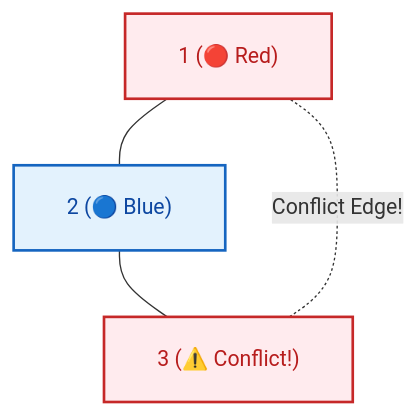
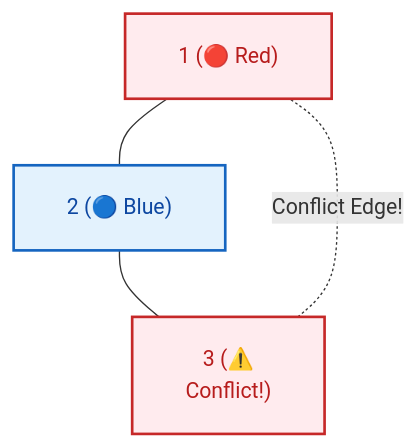
Before and after one commit to dip4k/DSA_102: the fifth of 6 diagrams in week_08_graph_fundamentals/Week_08_Visual_Concepts_Playbook_HYBRID.md, drawn with Mermaid. The commit also changed other lines of this file and 106 other files, not shown here.

First line of the commit message:
fix(mermaid): prevent text clipping with foreignObject overflow and tighter line wrapping

````diff
--- a/week_08_graph_fundamentals/Week_08_Visual_Concepts_Playbook_HYBRID.md
+++ b/week_08_graph_fundamentals/Week_08_Visual_Concepts_Playbook_HYBRID.md
@@ -654,14 +654,14 @@
 ```mermaid
-%%{init: {"flowchart": {"htmlLabels": true, "padding": 20}}}%%
+%%{init: {"flowchart": {"htmlLabels": true, "padding": 20}, "themeCSS": "foreignObject { overflow: visible !important; }"}}%%
 flowchart TB
     classDef redNode fill:#ffebee,stroke:#c62828,stroke-width:2px,color:#b71c1c
     classDef blueNode fill:#e3f2fd,stroke:#1565c0,stroke-width:2px,color:#0d47a1
 
     N1["1 (🔴 Red)"]:::redNode
     N2["2 (🔵 Blue)"]:::blueNode
-    N3["3 (⚠️ Conflict!)"]:::redNode
+    N3["3 (⚠️<br/>Conflict!)"]:::redNode
 
     N1 --- N2
     N2 --- N3
     N3 -.-|"Conflict Edge!"| N1
 ```
````
